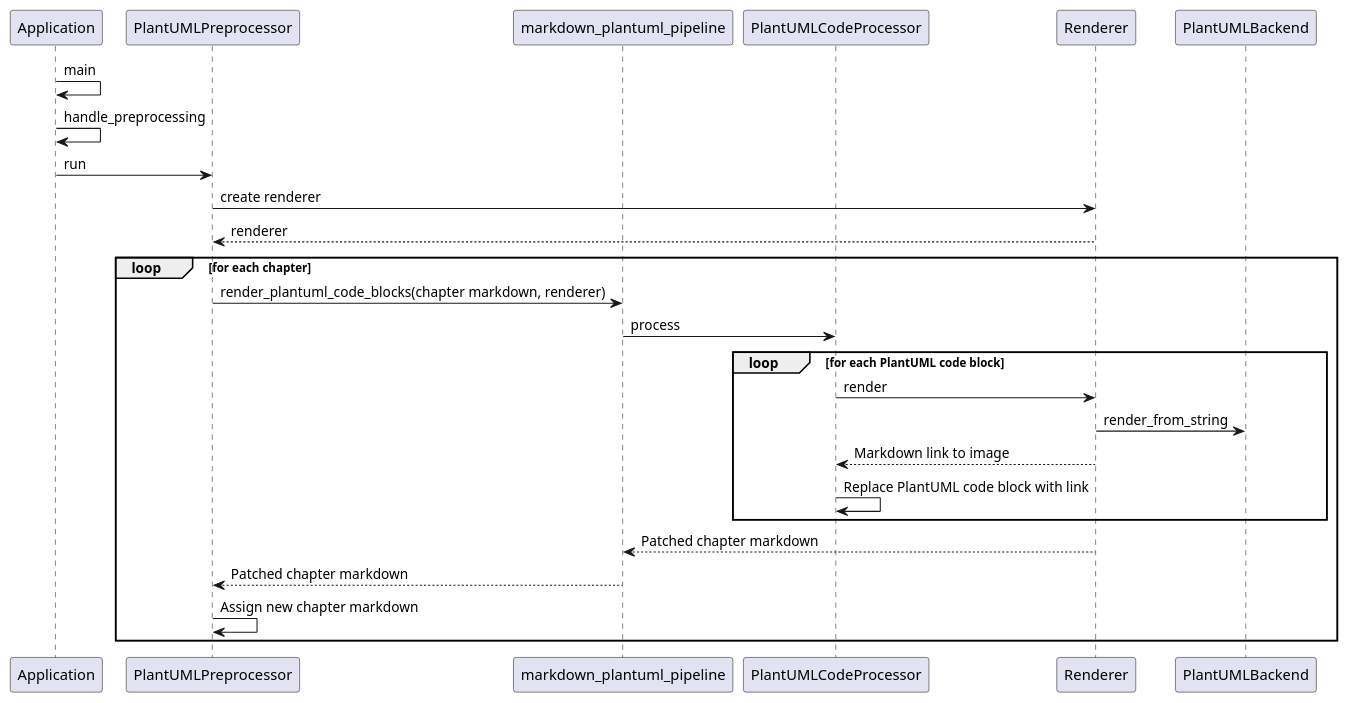
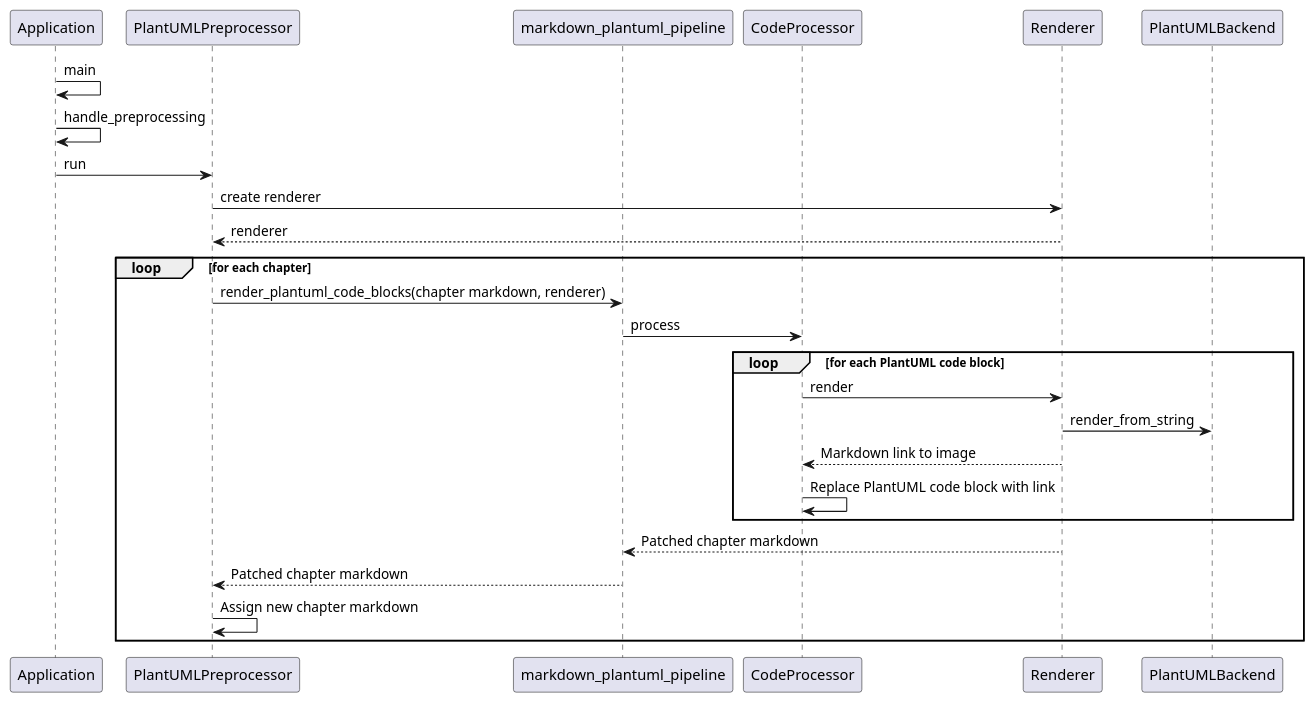
The diagram in doc/img/conversion_sequence.puml (sytsereitsma/mdbook-plantuml), drawn with PlantUML before and after one commit. The commit also changed 1 other file, not shown here.

Commit message:
rename 'PlantUMLCodeProcessor -> CodeProcessor'

```diff
--- a/doc/img/conversion_sequence.puml
+++ b/doc/img/conversion_sequence.puml
@@ -1,27 +1,27 @@
 @startuml
 participant Application
 participant PlantUMLPreprocessor
 participant markdown_plantuml_pipeline
-participant PlantUMLCodeProcessor
+participant CodeProcessor
 participant Renderer
 participant PlantUMLBackend
 
 Application -> Application: main
 	Application -> Application: handle_preprocessing
 	Application -> PlantUMLPreprocessor: run
 		PlantUMLPreprocessor -> Renderer: create renderer
 		Renderer --> PlantUMLPreprocessor: renderer
 		loop for each chapter
 			PlantUMLPreprocessor -> markdown_plantuml_pipeline: render_plantuml_code_blocks(chapter markdown, renderer)
-			markdown_plantuml_pipeline -> PlantUMLCodeProcessor: process
+			markdown_plantuml_pipeline -> CodeProcessor: process
 			loop for each PlantUML code block
-				PlantUMLCodeProcessor -> Renderer: render
+				CodeProcessor -> Renderer: render
 					Renderer -> PlantUMLBackend: render_from_string
-				Renderer --> PlantUMLCodeProcessor: Markdown link to image
-				PlantUMLCodeProcessor -> PlantUMLCodeProcessor: Replace PlantUML code block with link
+				Renderer --> CodeProcessor: Markdown link to image
+				CodeProcessor -> CodeProcessor: Replace PlantUML code block with link
 			end				
 			Renderer --> markdown_plantuml_pipeline: Patched chapter markdown
 			markdown_plantuml_pipeline --> PlantUMLPreprocessor: Patched chapter markdown
 			PlantUMLPreprocessor -> PlantUMLPreprocessor: Assign new chapter markdown
 		end
 @enduml
```
